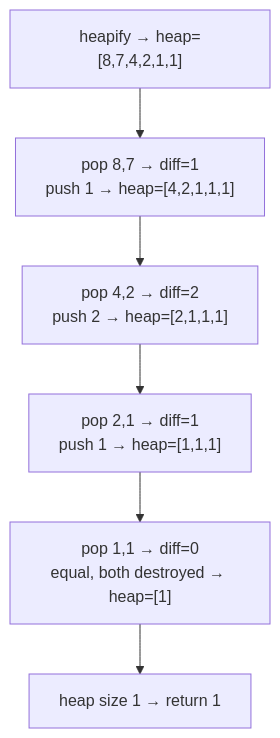
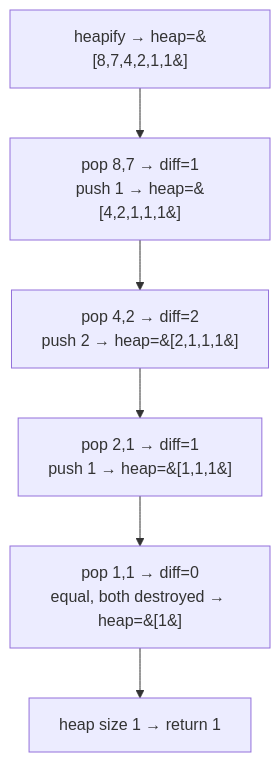
One commit to Aryan-Jadon18/dsa-placement-prep changed the diagram in topics/09-heap-priority-queue/02-last-stone-weight/README.md. Above: the diagram before and after it, drawn with Mermaid. The commit also changed 52 other files, not shown here.

First line of the commit message:
Fix Mermaid diagrams not rendering on GitHub

````diff
--- a/topics/09-heap-priority-queue/02-last-stone-weight/README.md
+++ b/topics/09-heap-priority-queue/02-last-stone-weight/README.md
@@ -83,10 +83,10 @@
 ```mermaid
 flowchart TD
-    A["heapify → heap=[8,7,4,2,1,1]"]
-    B["pop 8,7 → diff=1<br/>push 1 → heap=[4,2,1,1,1]"]
-    C["pop 4,2 → diff=2<br/>push 2 → heap=[2,1,1,1]"]
-    D["pop 2,1 → diff=1<br/>push 1 → heap=[1,1,1]"]
-    E["pop 1,1 → diff=0<br/>equal, both destroyed → heap=[1]"]
+    A["heapify → heap=&#91;8,7,4,2,1,1&#93;"]
+    B["pop 8,7 → diff=1<br/>push 1 → heap=&#91;4,2,1,1,1&#93;"]
+    C["pop 4,2 → diff=2<br/>push 2 → heap=&#91;2,1,1,1&#93;"]
+    D["pop 2,1 → diff=1<br/>push 1 → heap=&#91;1,1,1&#93;"]
+    E["pop 1,1 → diff=0<br/>equal, both destroyed → heap=&#91;1&#93;"]
     F["heap size 1 → return 1"]
     A --> B --> C --> D --> E --> F
 ```
````
